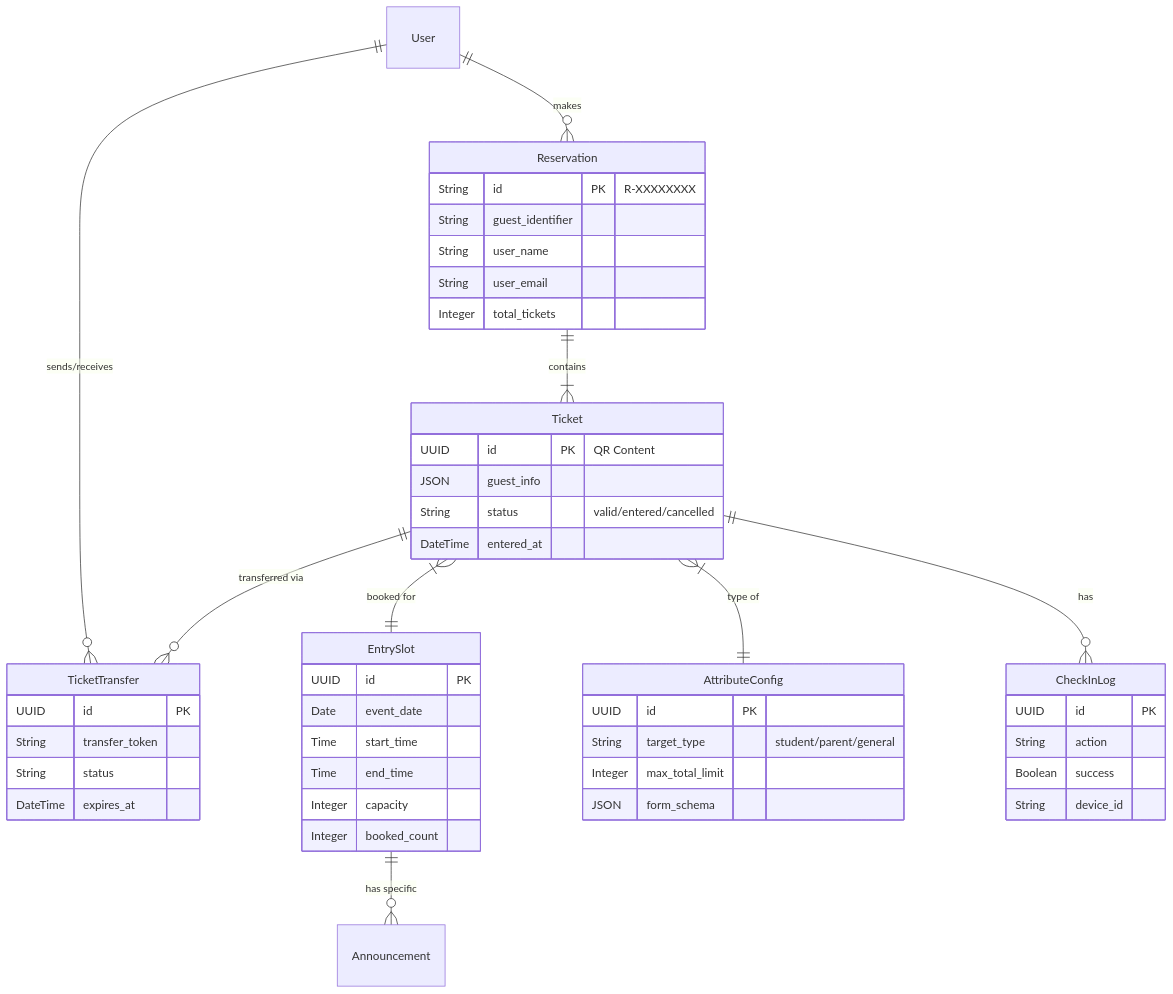
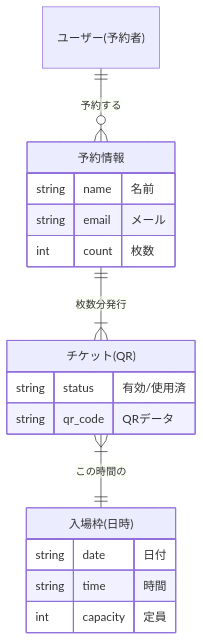
One commit to takumitakumiq/newness changed the third of 3 diagrams in DOCUMENTATION.md. Above: the diagram before and after it, drawn with Mermaid. The commit also changed other lines of this file, not shown here.

Commit message:
Fix Mermaid syntax errors and simplify documentation for beginners

````diff
--- a/DOCUMENTATION.md
+++ b/DOCUMENTATION.md
@@ -45,59 +98,28 @@
 ```mermaid
 erDiagram
-    User ||--o{ Reservation : "makes"
-    User ||--o{ TicketTransfer : "sends/receives"
-    
-    Reservation ||--|{ Ticket : "contains"
-    
-    Ticket }|--|| EntrySlot : "booked for"
-    Ticket }|--|| AttributeConfig : "type of"
-    Ticket ||--o{ CheckInLog : "has"
-    Ticket ||--o{ TicketTransfer : "transferred via"
-    
-    EntrySlot ||--o{ Announcement : "has specific"
+    User["ユーザー(予約者)"]
+    Reservation["予約情報"]
+    Ticket["チケット(QR)"]
+    EntrySlot["入場枠(日時)"]
+
+    User ||--o{ Reservation : "予約する"
+    Reservation ||--|{ Ticket : "枚数分発行"
+    Ticket }|--|| EntrySlot : "この時間の"
     
     EntrySlot {
-        UUID id PK
-        Date event_date
-        Time start_time
-        Time end_time
-        Integer capacity
-        Integer booked_count
-    }
-    
-    AttributeConfig {
-        UUID id PK
-        String target_type "student/parent/general"
-        Integer max_total_limit
-        JSON form_schema
+        string date "日付"
+        string time "時間"
+        int capacity "定員"
     }
     
     Reservation {
-        String id PK "R-XXXXXXXX"
-        String guest_identifier
-        String user_name
-        String user_email
-        Integer total_tickets
+        string name "名前"
+        string email "メール"
+        int count "枚数"
     }
     
     Ticket {
-        UUID id PK "QR Content"
-        JSON guest_info
-        String status "valid/entered/cancelled"
-        DateTime entered_at
-    }
-    
-    CheckInLog {
-        UUID id PK
-        String action
-        Boolean success
-        String device_id
-    }
-
-    TicketTransfer {
-        UUID id PK
-        String transfer_token
-        String status
-        DateTime expires_at
+        string status "有効/使用済"
+        string qr_code "QRデータ"
     }
 ```
````
